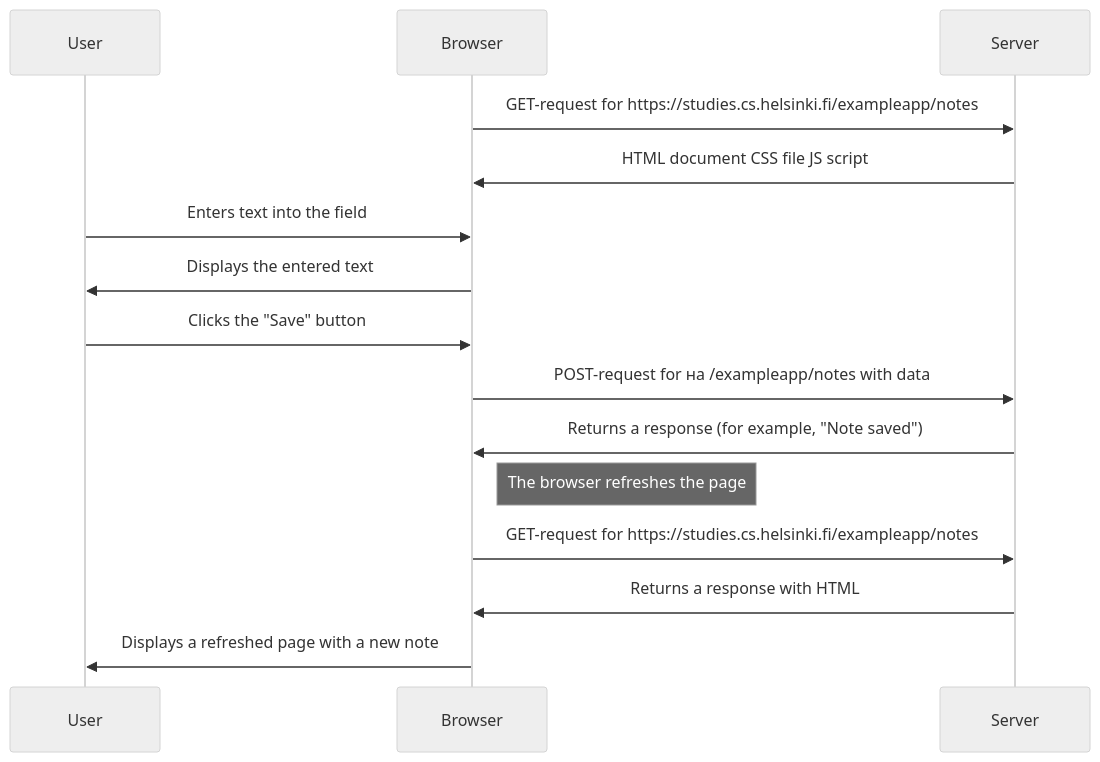
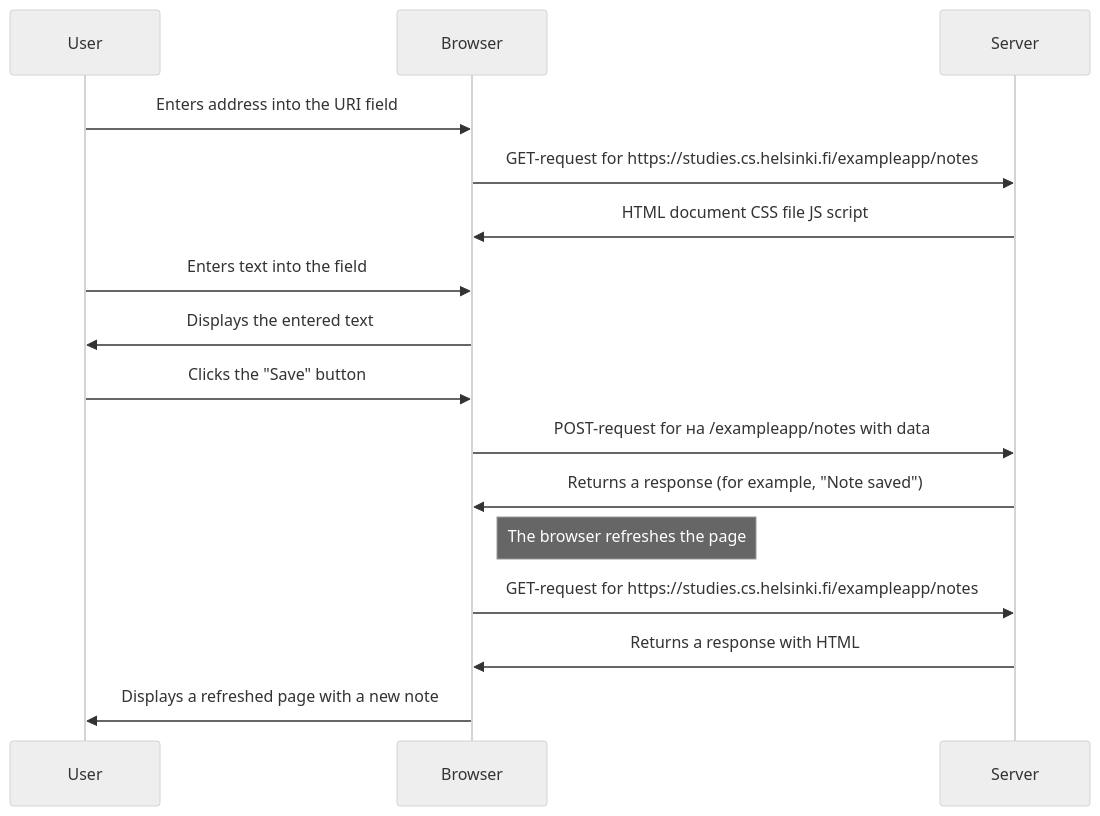
The diagram in README.md (iFrodo/fullstackopen), drawn with Mermaid (neutral theme) before and after one commit.

````diff
--- a/README.md
+++ b/README.md
@@ -1,23 +1,25 @@
 ``` mermaid
 sequenceDiagram
     participant User
     participant Browser
     participant Server
+
+    User->>Browser: Enters address into the URI field
 
     Browser->>Server: GET-request for https://studies.cs.helsinki.fi/exampleapp/notes
     Server->>Browser: HTML document CSS file JS script 
 
     User->>Browser: Enters text into the field
     Browser->>User: Displays the entered text
 
     User->>Browser: Clicks the "Save" button
     Browser->>Server: POST-request for на /exampleapp/notes with data
     Server->>Browser: Returns a response (for example, "Note saved")
 
     Note right of Browser: The browser refreshes the page
     Browser->>Server: GET-request for https://studies.cs.helsinki.fi/exampleapp/notes
     Server->>Browser: Returns a response with HTML
     Browser->>User: Displays a refreshed page with a new note
 
 
 ```
````
